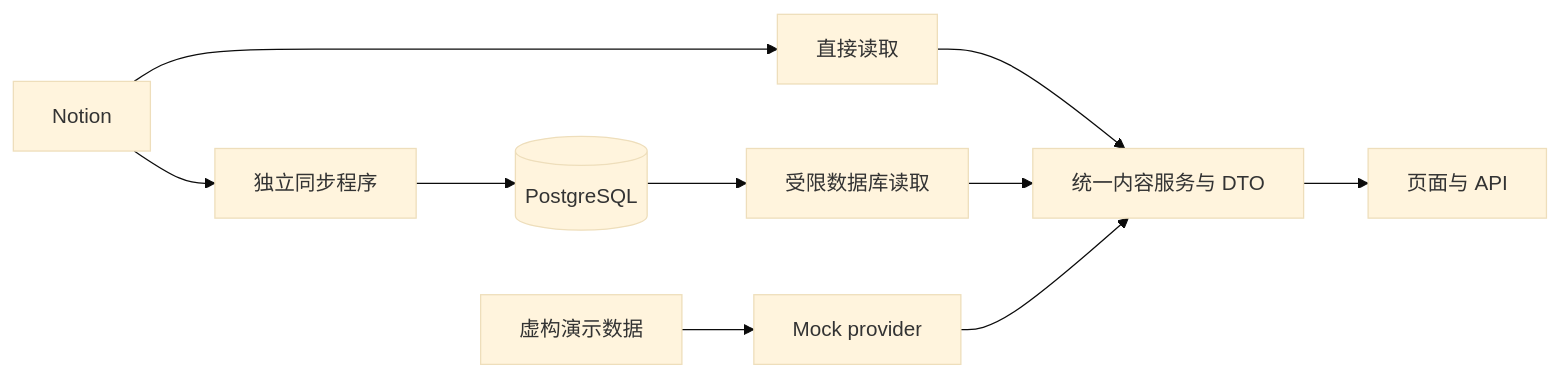
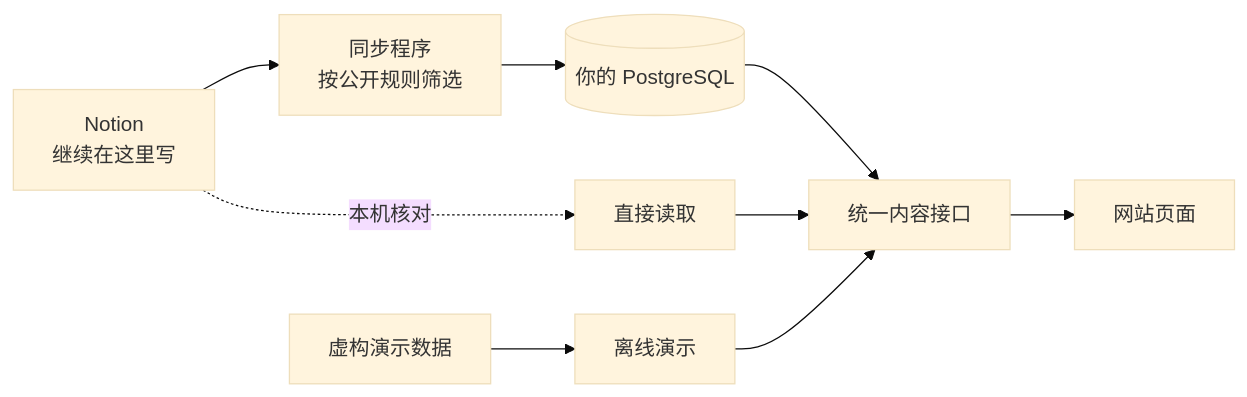
The diagram in README.md (jimmyhuang22/NotionBlog), drawn with Mermaid (base theme) before and after one commit. The commit also changed other lines of this file and 1 other file, not shown here.

````diff
--- a/README.md
+++ b/README.md
@@ -133,12 +151,11 @@
 ```mermaid
 flowchart LR
-    N[Notion] --> NP[直接读取]
-    N --> S[独立同步程序]
-    S --> DB[(PostgreSQL)]
-    DB --> DP[受限数据库读取]
-    F[虚构演示数据] --> MP[Mock provider]
-    NP --> C[统一内容服务与 DTO]
-    DP --> C
+    N[Notion<br/>继续在这里写] --> S[同步程序<br/>按公开规则筛选]
+    S --> DB[(你的 PostgreSQL)]
+    N -. 本机核对 .-> NP[直接读取]
+    F[虚构演示数据] --> MP[离线演示]
+    DB --> C[统一内容接口]
+    NP --> C
     MP --> C
-    C --> UI[页面与 API]
+    C --> UI[网站页面]
 ```
````
